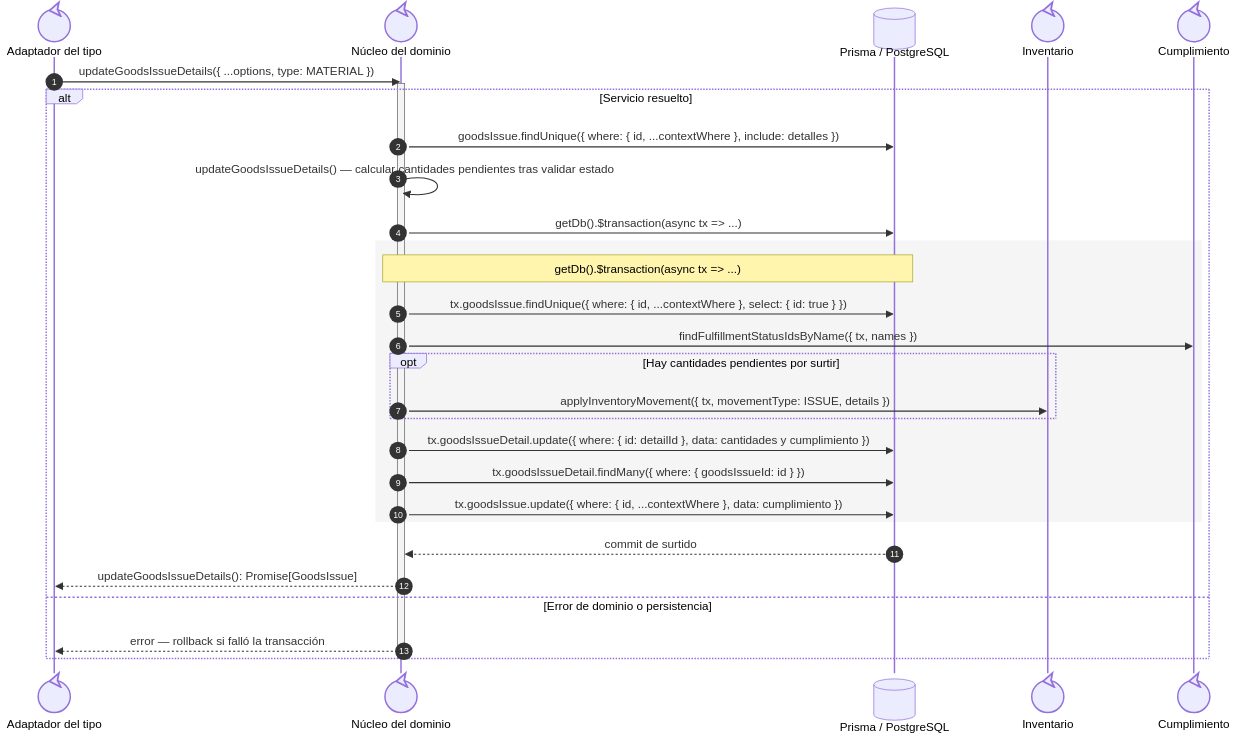
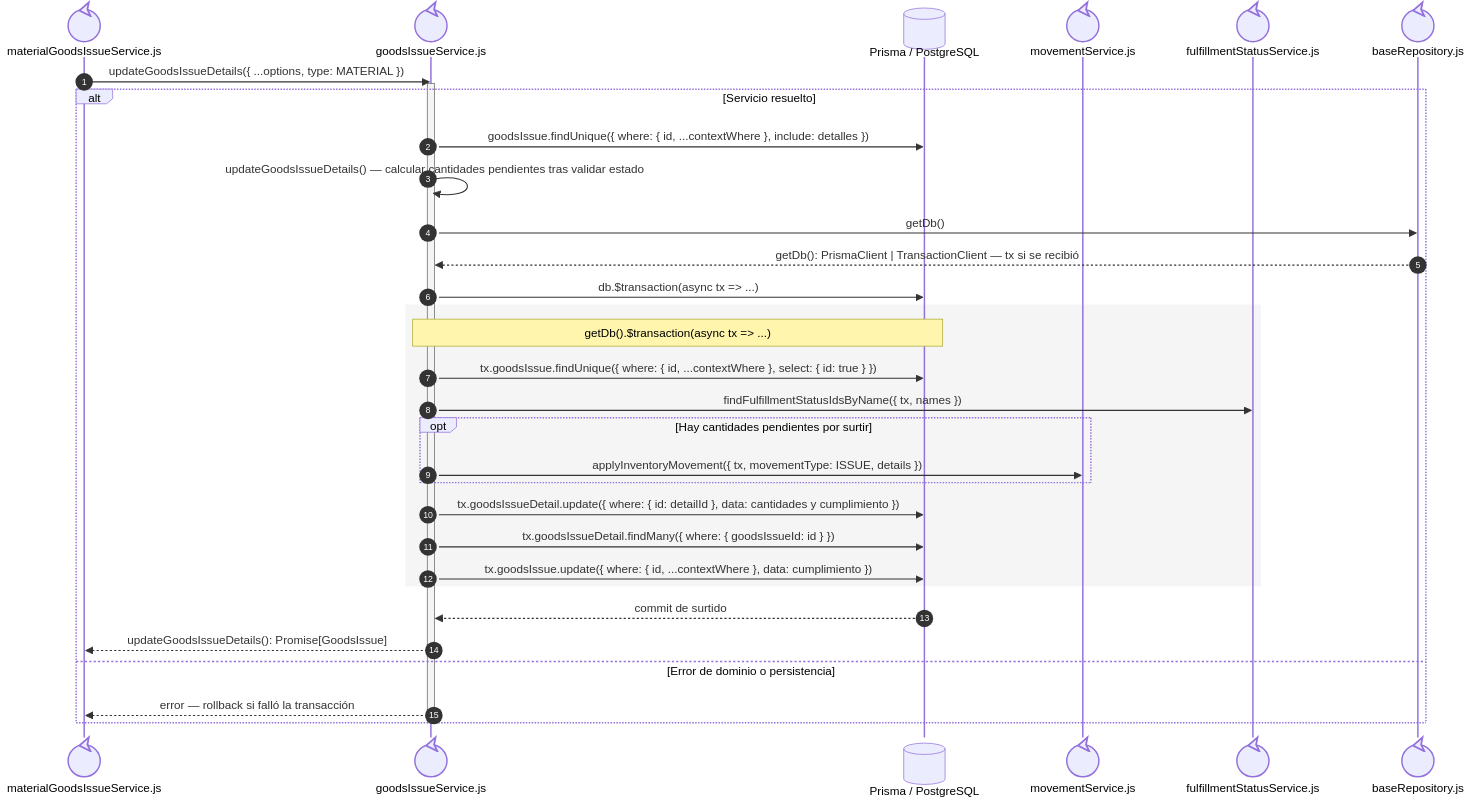
The fourth of 6 diagrams in docs/architecture/views/processes/backend-code-sequences/issues/cu-sal-05.md (gpgsistemas01/nexus), drawn with Mermaid before and after one commit. The commit also changed other lines of this file and 192 other files, not shown here.

Commit message:
docs: make sequence file ownership explicit and align code flows

````diff
--- a/docs/architecture/views/processes/backend-code-sequences/issues/cu-sal-05.md
+++ b/docs/architecture/views/processes/backend-code-sequences/issues/cu-sal-05.md
@@ -102,33 +172,37 @@
 ```mermaid
 sequenceDiagram
     autonumber
-    participant Facade@{ "type": "control" } as Adaptador del tipo
-    participant Core@{ "type": "control" } as Núcleo del dominio
+    participant Facade@{ "type": "control" } as materialGoodsIssueService.js
+    participant Core@{ "type": "control" } as goodsIssueService.js
     participant Prisma@{ "type": "database" } as Prisma / PostgreSQL
-    participant Inventory@{ "type": "control" } as Inventario
-    participant Fulfillment@{ "type": "control" } as Cumplimiento
+    participant Inventory@{ "type": "control" } as movementService.js
+    participant Fulfillment@{ "type": "control" } as fulfillmentStatusService.js
+
+    participant FileBaseRepository@{ "type": "control" } as baseRepository.js
 
     Facade->>Core: updateGoodsIssueDetails({ ...options, type: MATERIAL })
     activate Core
     alt Servicio resuelto
         Core->>Prisma: goodsIssue.findUnique({ where: { id, ...contextWhere }, include: detalles })
         Core->>Core: updateGoodsIssueDetails() — calcular cantidades pendientes tras validar estado
-        Core->>Prisma: getDb().$transaction(async tx => ...)
+        Core->>FileBaseRepository: getDb()
+        FileBaseRepository-->>Core: getDb(): PrismaClient | TransactionClient — tx si se recibió
+        Core->>Prisma: db.$transaction(async tx => ...)
         rect rgb(245, 245, 245)
             Note over Core,Prisma: getDb().$transaction(async tx => ...)
             Core->>Prisma: tx.goodsIssue.findUnique({ where: { id, ...contextWhere }, select: { id: true } })
             Core->>Fulfillment: findFulfillmentStatusIdsByName({ tx, names })
             opt Hay cantidades pendientes por surtir
                 Core->>Inventory: applyInventoryMovement({ tx, movementType: ISSUE, details })
             end
             Core->>Prisma: tx.goodsIssueDetail.update({ where: { id: detailId }, data: cantidades y cumplimiento })
             Core->>Prisma: tx.goodsIssueDetail.findMany({ where: { goodsIssueId: id } })
             Core->>Prisma: tx.goodsIssue.update({ where: { id, ...contextWhere }, data: cumplimiento })
         end
         Prisma-->>Core: commit de surtido
         Core-->>Facade: updateGoodsIssueDetails(): Promise[GoodsIssue]
     else Error de dominio o persistencia
         Core-->>Facade: error — rollback si falló la transacción
     end
     deactivate Core
 ```
````
